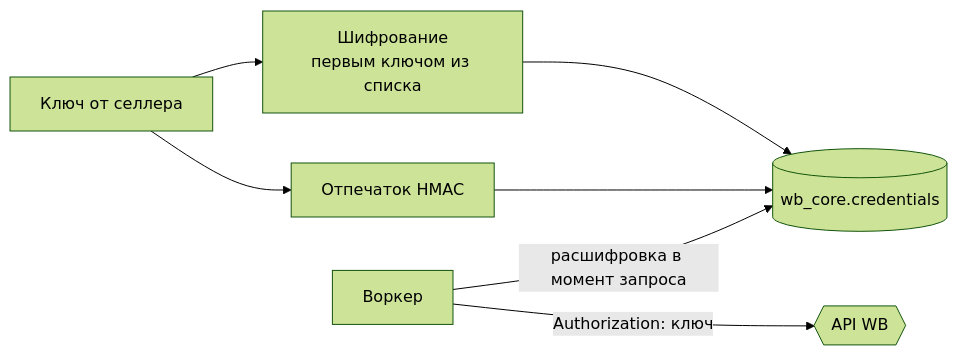
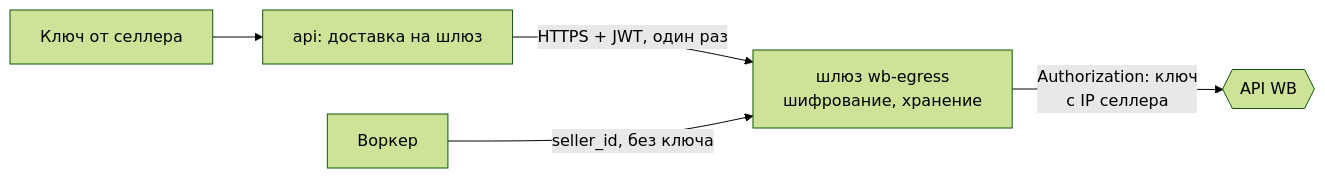
One commit to krionefishy/karbi changed the third of 3 diagrams in docs/architecture/AUTH.md. Above: the diagram before and after it, drawn with Mermaid (forest theme). The commit also changed other lines of this file and 72 other files, not shown here.

Commit message:
Route all WB traffic through the wb-egress gateway under seller_id

````diff
--- a/docs/architecture/AUTH.md
+++ b/docs/architecture/AUTH.md
@@ -129,14 +132,12 @@
 ```mermaid
 flowchart LR
     input["Ключ от селлера"]
-    cipher["Шифрование<br/>первым ключом из списка"]
-    fp["Отпечаток HMAC"]
-    db[("wb_core.credentials")]
+    api["api: доставка на шлюз"]
+    gw["шлюз wb-egress<br/>шифрование, хранение"]
     worker["Воркер"]
     wb{{"API WB"}}
 
-    input --> cipher --> db
-    input --> fp --> db
-    worker -->|"расшифровка в момент запроса"| db
-    worker -->|"Authorization: ключ"| wb
+    input --> api -->|"HTTPS + JWT, один раз"| gw
+    worker -->|"seller_id, без ключа"| gw
+    gw -->|"Authorization: ключ<br/>с IP селлера"| wb
 ```
````
